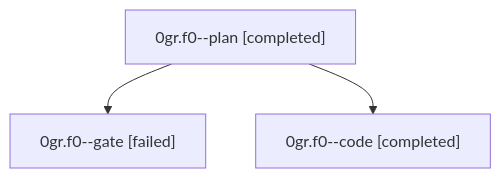
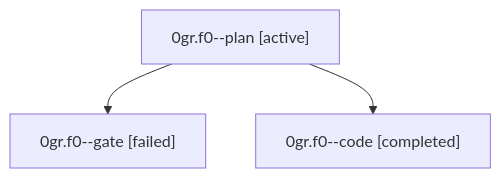
Before and after one commit to sase-org/sase--agents: the diagram in families/bbugyi200.athena.0gr.f0.md, drawn with Mermaid. The commit also changed other lines of this file and 35830 other files, not shown here.

````diff
--- a/families/bbugyi200.athena.0gr.f0.md
+++ b/families/bbugyi200.athena.0gr.f0.md
@@ -9,8 +9,8 @@
 ```mermaid
 flowchart TD
-  n0["0gr.f0--plan [completed]"]
+  n0["0gr.f0--plan [active]"]
   n1["0gr.f0--gate [failed]"]
   n0 --> n1
   n2["0gr.f0--code [completed]"]
   n0 --> n2
 ```
````
